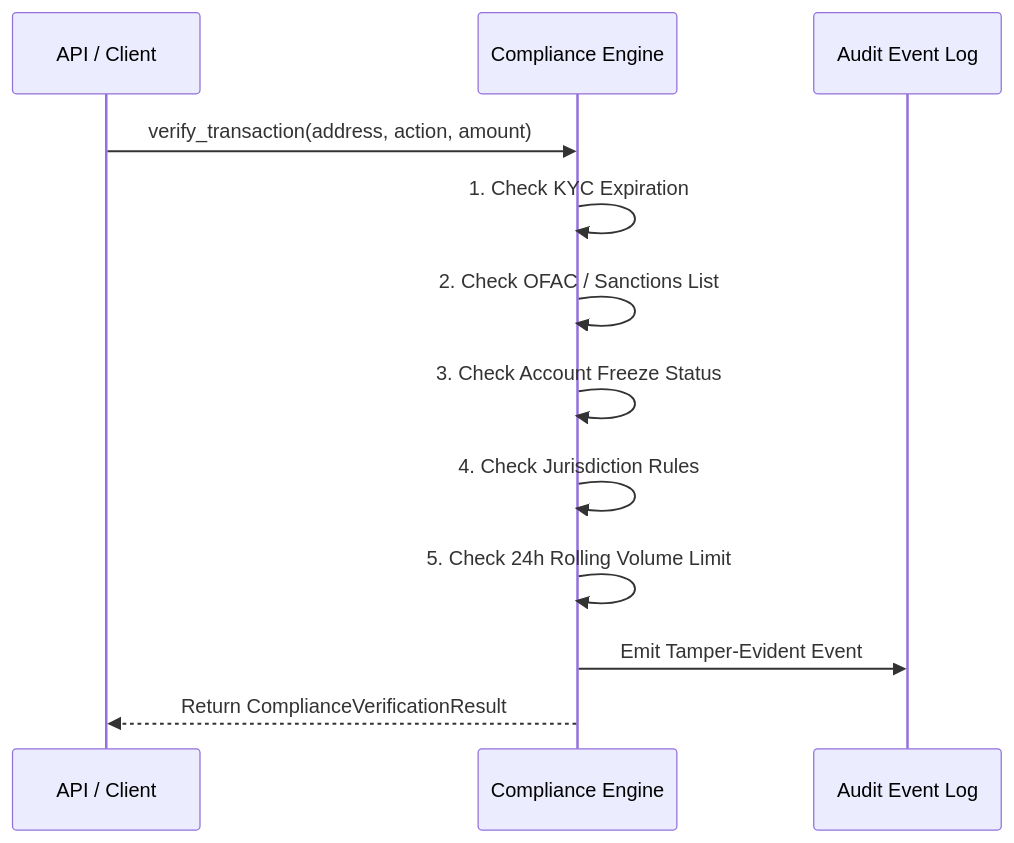
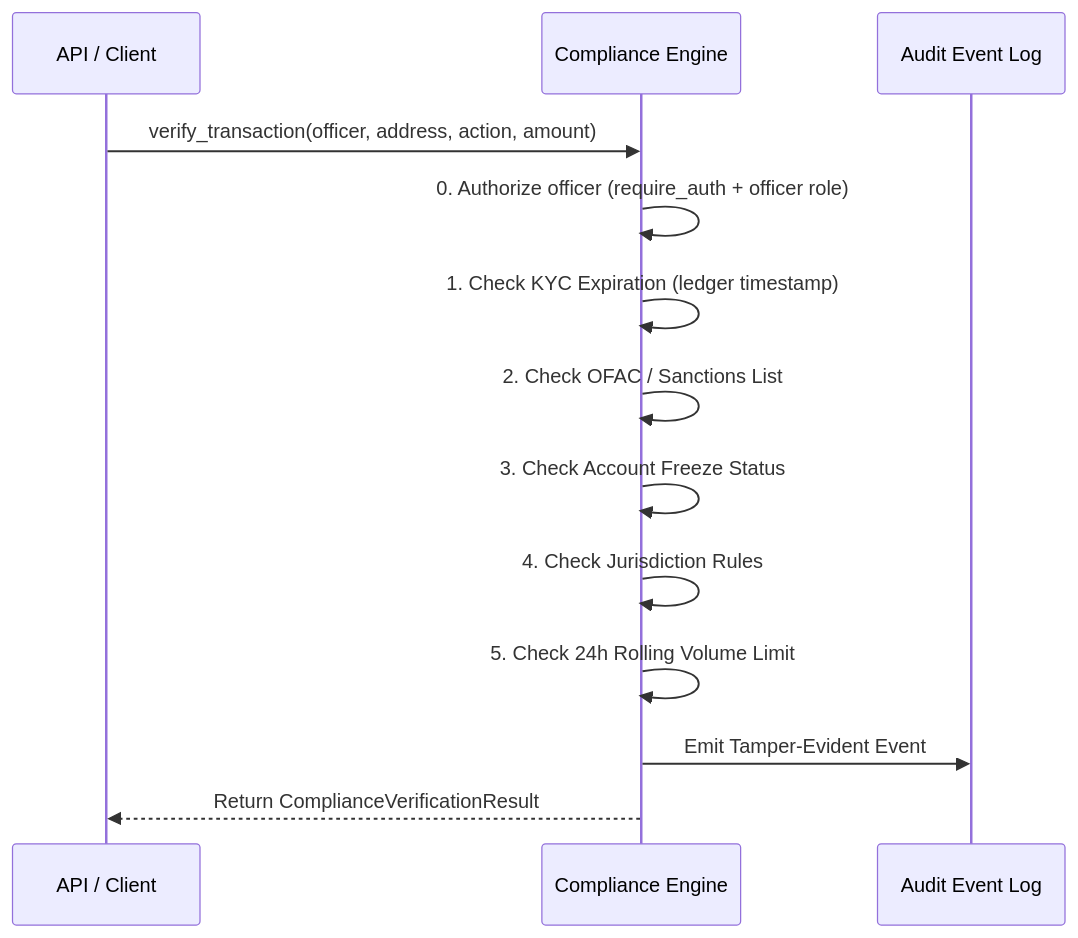
One commit to chunks-labz/predinex-stellar changed the diagram in docs/LENDING_SIMULATION_INSURANCE_COMPLIANCE.md. Above: the diagram before and after it, drawn with Mermaid. The commit also changed 8 other files, not shown here.

````diff
--- a/docs/LENDING_SIMULATION_INSURANCE_COMPLIANCE.md
+++ b/docs/LENDING_SIMULATION_INSURANCE_COMPLIANCE.md
@@ -86,15 +86,16 @@
 ```mermaid
 sequenceDiagram
     participant App as API / Client
     participant Comp as Compliance Engine
     participant Audit as Audit Event Log
 
-    App->>Comp: verify_transaction(address, action, amount)
-    Comp->>Comp: 1. Check KYC Expiration
+    App->>Comp: verify_transaction(officer, address, action, amount)
+    Comp->>Comp: 0. Authorize officer (require_auth + officer role)
+    Comp->>Comp: 1. Check KYC Expiration (ledger timestamp)
     Comp->>Comp: 2. Check OFAC / Sanctions List
     Comp->>Comp: 3. Check Account Freeze Status
     Comp->>Comp: 4. Check Jurisdiction Rules
     Comp->>Comp: 5. Check 24h Rolling Volume Limit
     Comp->>Audit: Emit Tamper-Evident Event
     Comp-->>App: Return ComplianceVerificationResult
 ```
````
